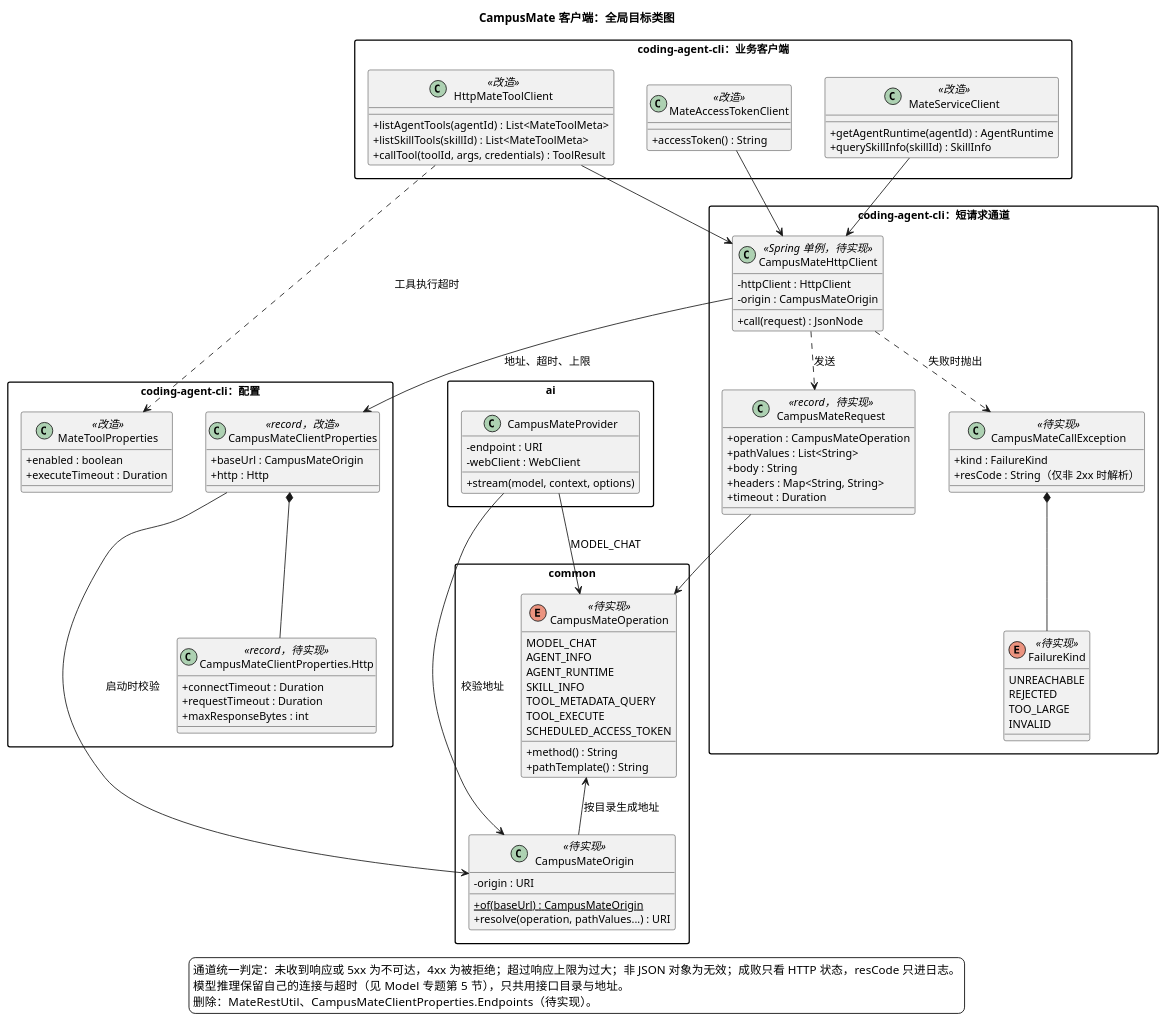
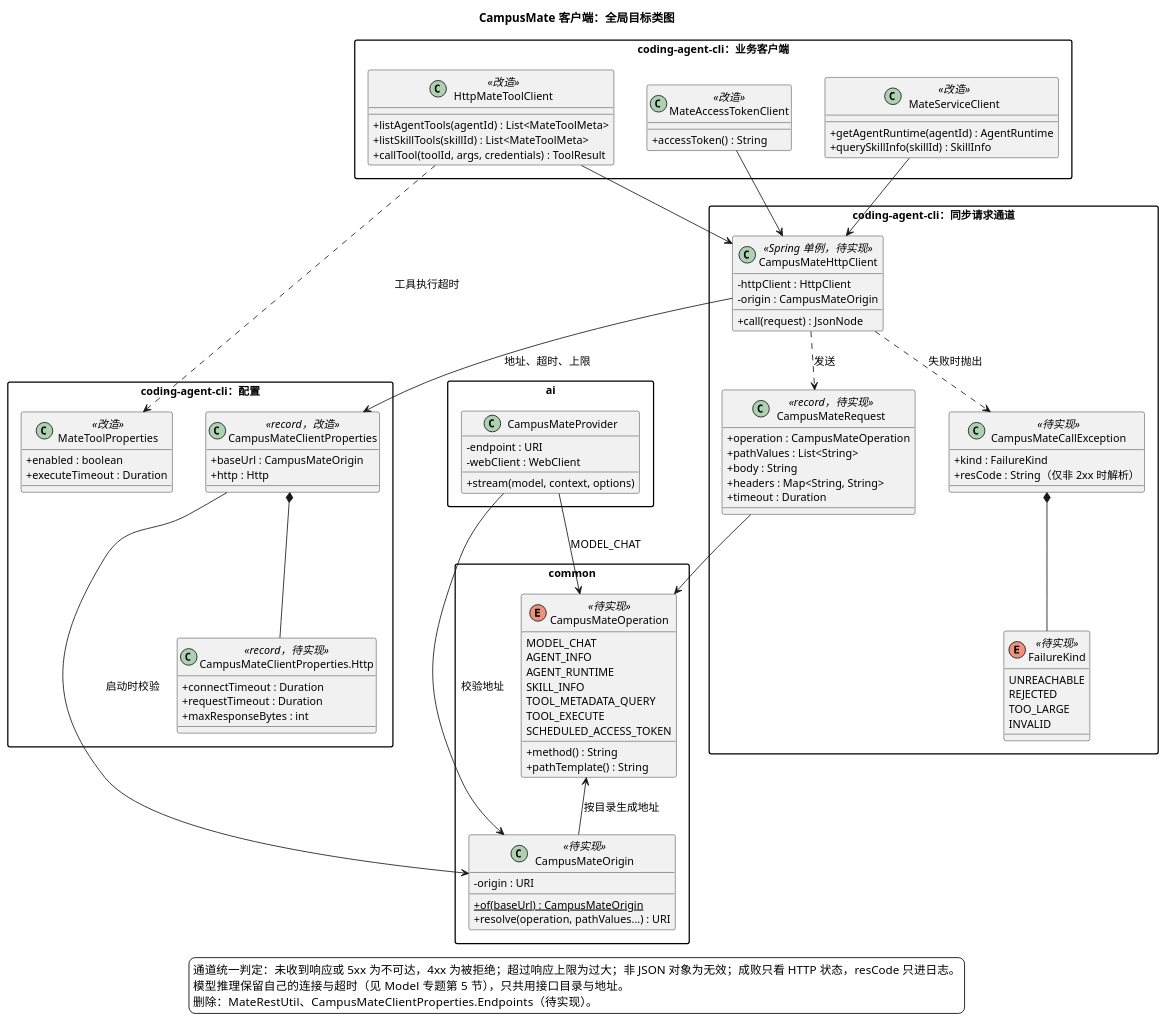
The third of 4 diagrams in 02-服务与接口/02-CampusMate共享客户端配置/diagram.puml (ssm0808/pi-mono-java-design), drawn with PlantUML before and after one commit. The commit also changed 3 other files, not shown here.

```diff
--- a/02-服务与接口/02-CampusMate共享客户端配置/diagram.puml
+++ b/02-服务与接口/02-CampusMate共享客户端配置/diagram.puml
@@ -119,121 +119,121 @@
 @startuml campusmate_client_target_classes
 ' Java 基线：628dca25a694d9d056b15f012e1223d68091ab66；2026-10-21 拉取 main。
 ' 源码：modules/coding-agent-cli/src/main/java/com/campusclaw/codingagent/config/CampusMateClientProperties.java Endpoints（待删除）。
 ' 源码：modules/coding-agent-cli/src/main/java/com/campusclaw/codingagent/common/util/MateRestUtil.java（待删除）。
 ' 源码：modules/coding-agent-cli/src/main/java/com/campusclaw/codingagent/runtime/MateServiceClient.java send（迁入通道）。
 ' 源码：modules/ai/src/main/java/com/campusclaw/ai/provider/mate/CampusMateProvider.java validateChatPath（待删除）。
-' 目标：待实现；接口目录与地址放 common，短请求通道放 coding-agent-cli，三个业务客户端只依赖通道。
+' 目标：待实现；接口目录与地址放 common，同步请求通道放 coding-agent-cli，三个业务客户端只依赖通道。
 ' 依赖方向：common <- ai <- agent-core <- coding-agent-cli；ai 不依赖 coding-agent-cli，所以目录必须在 common。
 ' 基线：Codex Provider + EndpointSession；Anthropic Java SDK ClientOptions + 各 Service。
 title CampusMate 客户端：全局目标类图
 skinparam backgroundColor white
 skinparam defaultFontSize 13
 skinparam classAttributeIconSize 0
 skinparam packageStyle rectangle
 skinparam nodesep 40
 skinparam ranksep 50
 
 package "common" as CommonPkg {
   enum CampusMateOperation <<待实现>> {
     MODEL_CHAT
     AGENT_INFO
     AGENT_RUNTIME
     SKILL_INFO
     TOOL_METADATA_QUERY
     TOOL_EXECUTE
     SCHEDULED_ACCESS_TOKEN
     + method() : String
     + pathTemplate() : String
   }
   class CampusMateOrigin <<待实现>> {
     - origin : URI
     + {static} of(baseUrl) : CampusMateOrigin
     + resolve(operation, pathValues...) : URI
   }
 }
 
 package "ai" as AiPkg {
   class CampusMateProvider {
     - endpoint : URI
     - webClient : WebClient
     + stream(model, context, options)
   }
 }
 
 package "coding-agent-cli：配置" as ConfigPkg {
   class CampusMateClientProperties <<record，改造>> {
     + baseUrl : CampusMateOrigin
     + http : Http
   }
   class "CampusMateClientProperties.Http" as HttpOptions <<record，待实现>> {
     + connectTimeout : Duration
     + requestTimeout : Duration
     + maxResponseBytes : int
   }
   class MateToolProperties <<改造>> {
     + enabled : boolean
     + executeTimeout : Duration
   }
 }
 
-package "coding-agent-cli：短请求通道" as ChannelPkg {
+package "coding-agent-cli：同步请求通道" as ChannelPkg {
   class CampusMateHttpClient <<Spring 单例，待实现>> {
     - httpClient : HttpClient
     - origin : CampusMateOrigin
     + call(request) : JsonNode
   }
   class CampusMateRequest <<record，待实现>> {
     + operation : CampusMateOperation
     + pathValues : List<String>
     + body : String
     + headers : Map<String, String>
     + timeout : Duration
   }
   class CampusMateCallException <<待实现>> {
     + kind : FailureKind
     + resCode : String（仅非 2xx 时解析）
   }
   enum FailureKind <<待实现>> {
     UNREACHABLE
     REJECTED
     TOO_LARGE
     INVALID
   }
 }
 
 package "coding-agent-cli：业务客户端" as ClientPkg {
   class MateServiceClient <<改造>> {
     + getAgentRuntime(agentId) : AgentRuntime
     + querySkillInfo(skillId) : SkillInfo
   }
   class HttpMateToolClient <<改造>> {
     + listAgentTools(agentId) : List<MateToolMeta>
     + listSkillTools(skillId) : List<MateToolMeta>
     + callTool(toolId, args, credentials) : ToolResult
   }
   class MateAccessTokenClient <<改造>> {
     + accessToken() : String
   }
 }
 
 CampusMateOperation <-- CampusMateOrigin : 按目录生成地址
 CampusMateProvider --> CampusMateOrigin : 校验地址
 CampusMateProvider --> CampusMateOperation : MODEL_CHAT
 CampusMateClientProperties *-- HttpOptions
 CampusMateClientProperties --> CampusMateOrigin : 启动时校验
 CampusMateHttpClient --> CampusMateClientProperties : 地址、超时、上限
 CampusMateHttpClient ..> CampusMateRequest : 发送
 CampusMateHttpClient ..> CampusMateCallException : 失败时抛出
 CampusMateCallException *-- FailureKind
 CampusMateRequest --> CampusMateOperation
 MateServiceClient --> CampusMateHttpClient
 HttpMateToolClient --> CampusMateHttpClient
 MateAccessTokenClient --> CampusMateHttpClient
 HttpMateToolClient ..> MateToolProperties : 工具执行超时
 
 legend bottom
   通道统一判定：未收到响应或 5xx 为不可达，4xx 为被拒绝；超过响应上限为过大；非 JSON 对象为无效；成败只看 HTTP 状态，resCode 只进日志。
   模型推理保留自己的连接与超时（见 Model 专题第 5 节），只共用接口目录与地址。
   删除：MateRestUtil、CampusMateClientProperties.Endpoints（待实现）。
 endlegend
 @enduml
```
